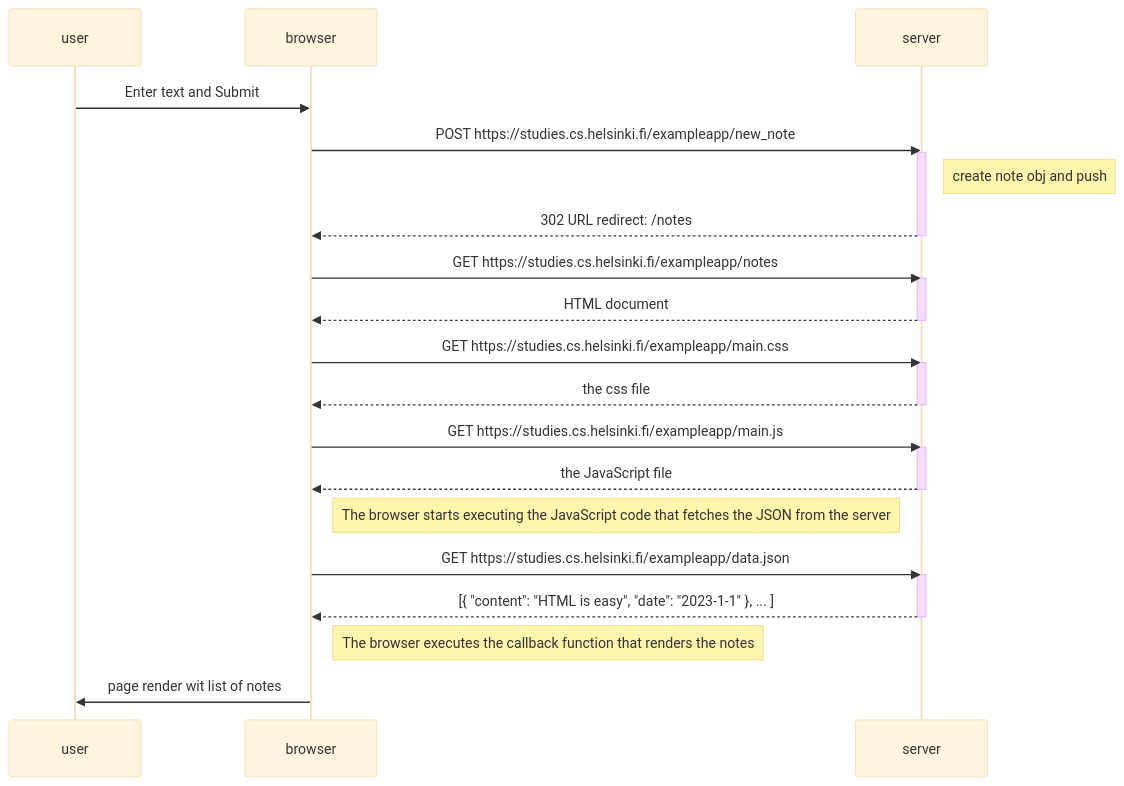
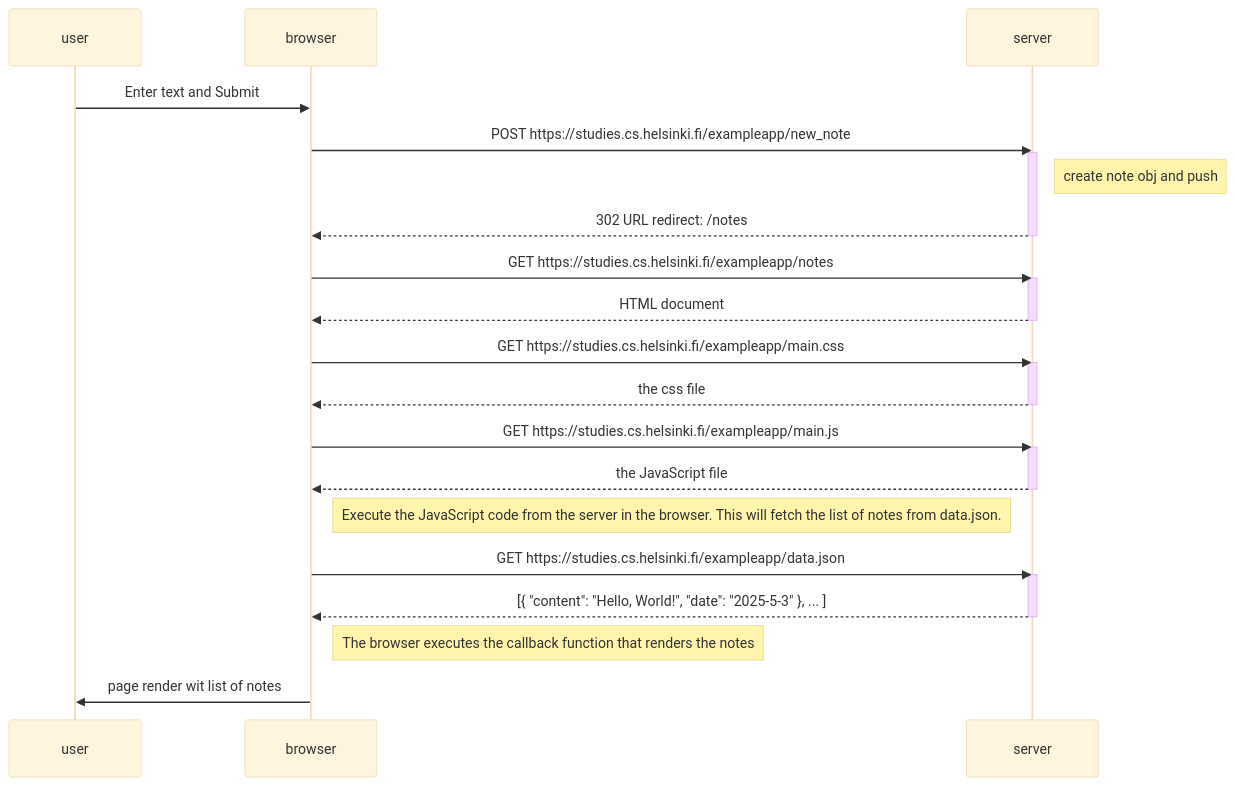
The diagram in part0/save_diagram.md (johnsmillie-portfolio/full-stack-open), drawn with Mermaid (base theme) before and after one commit.

````diff
--- a/part0/save_diagram.md
+++ b/part0/save_diagram.md
@@ -1,39 +1,39 @@
 ```mermaid
 
 sequenceDiagram
     participant user
     participant browser
     participant server
 
     user->>browser: Enter text and Submit
     browser->>server: POST https://studies.cs.helsinki.fi/exampleapp/new_note
     activate server
     Note right of server: create note obj and push
     server-->>browser: 302 URL redirect: /notes
     deactivate server
 
     browser->>server: GET https://studies.cs.helsinki.fi/exampleapp/notes
     activate server
     server-->>browser: HTML document
     deactivate server
 
     browser->>server: GET https://studies.cs.helsinki.fi/exampleapp/main.css
     activate server
     server-->>browser: the css file
     deactivate server
 
     browser->>server: GET https://studies.cs.helsinki.fi/exampleapp/main.js
     activate server
     server-->>browser: the JavaScript file
     deactivate server
 
-    Note right of browser: The browser starts executing the JavaScript code that fetches the JSON from the server
+    Note right of browser: Execute the JavaScript code from the server in the browser. This will fetch the list of notes from data.json.
 
     browser->>server: GET https://studies.cs.helsinki.fi/exampleapp/data.json
     activate server
-    server-->>browser: [{ "content": "HTML is easy", "date": "2023-1-1" }, ... ]
+    server-->>browser: [{ "content": "Hello, World!", "date": "2025-5-3" }, ... ]
     deactivate server
 
     Note right of browser: The browser executes the callback function that renders the notes
     browser->>user: page render wit list of notes
 ```
````
